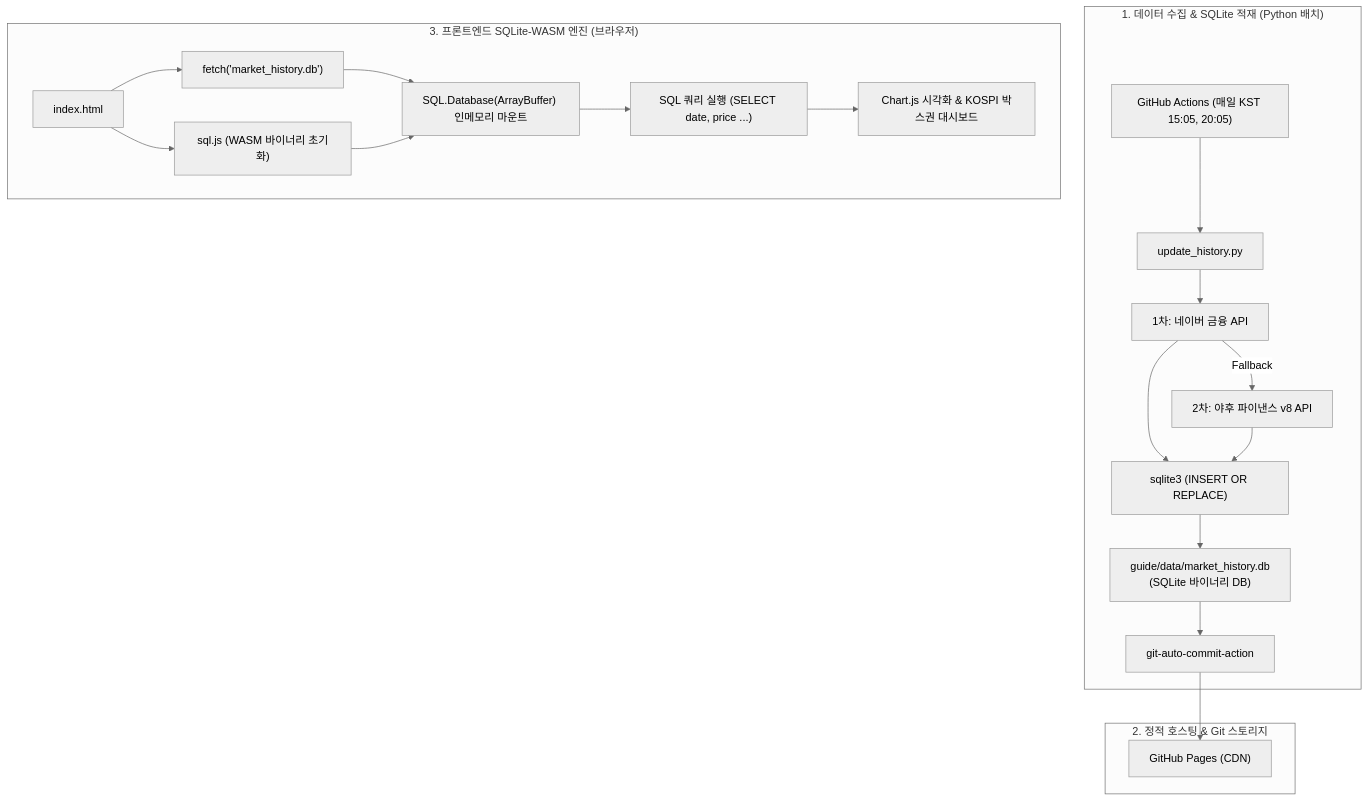
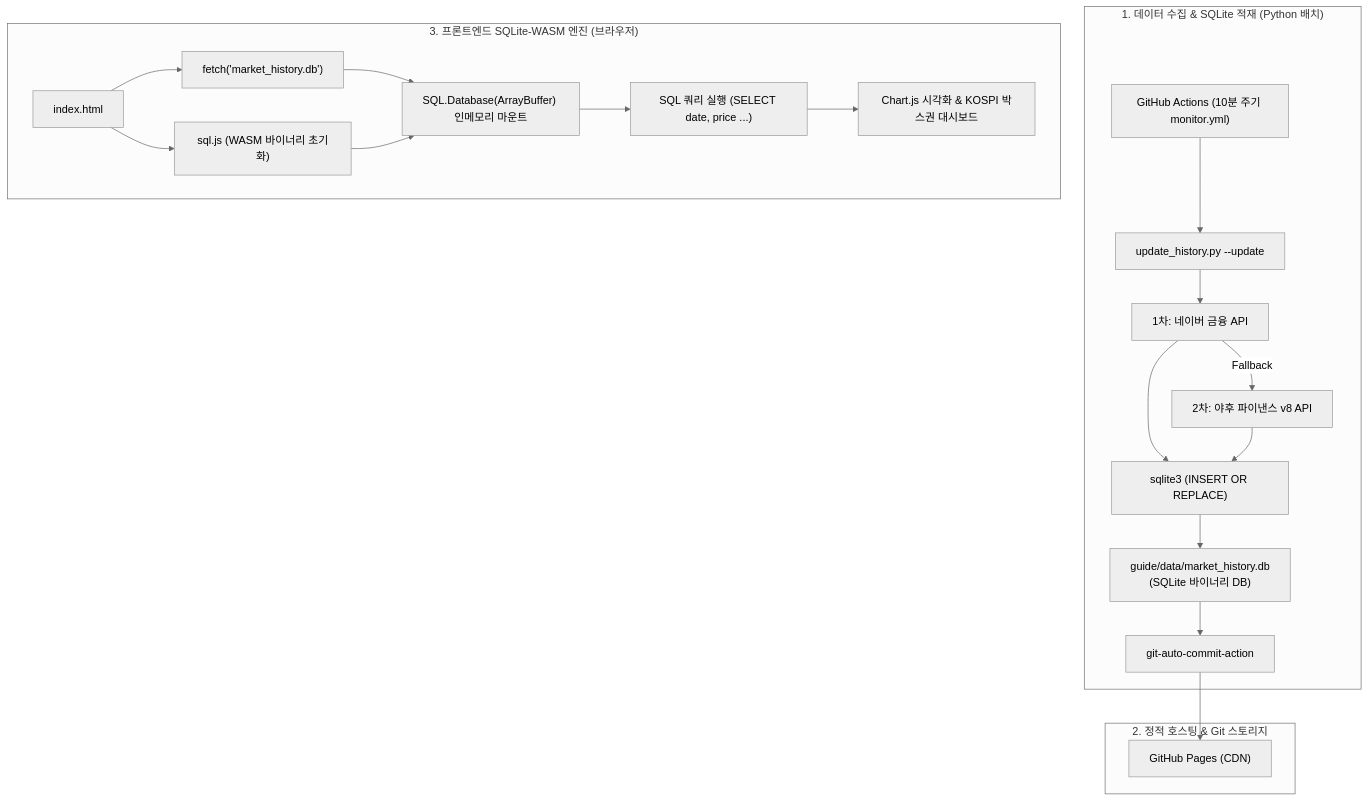
One commit to insford/my-stock changed the diagram in guide/시장데이터_히스토리_수집_계획서.md. Above: the diagram before and after it, drawn with Mermaid (neutral theme). The commit also changed other lines of this file and 8 other files, not shown here.

First line of the commit message:
refactor: GitHub Actions 통합 워크플로 구축 및 히스토리 수집 최적화

````diff
--- a/guide/시장데이터_히스토리_수집_계획서.md
+++ b/guide/시장데이터_히스토리_수집_계획서.md
@@ -9,25 +9,25 @@
 ```mermaid
 flowchart TD
     subgraph Data_Pipeline["1. 데이터 수집 & SQLite 적재 (Python 배치)"]
-        CRON["GitHub Actions (매일 KST 15:05, 20:05)"] --> UPDATER["update_history.py"]
+        CRON["GitHub Actions (10분 주기 monitor.yml)"] --> UPDATER["update_history.py --update"]
         UPDATER --> NAVER["1차: 네이버 금융 API"]
         NAVER -- "Fallback" --> YAHOO["2차: 야후 파이낸스 v8 API"]
         NAVER --> UPSERT["sqlite3 (INSERT OR REPLACE)"]
         YAHOO --> UPSERT
         UPSERT --> DB_FILE["guide/data/market_history.db<br/>(SQLite 바이너리 DB)"]
         DB_FILE --> GIT_PUSH["git-auto-commit-action"]
     end
 
     subgraph CDN_Hosting["2. 정적 호스팅 & Git 스토리지"]
         GIT_PUSH --> GITHUB_PAGES["GitHub Pages (CDN)"]
     end
 
     subgraph Frontend_WASM["3. 프론트엔드 SQLite-WASM 엔진 (브라우저)"]
         INDEX["index.html"] --> LOAD_WASM["sql.js (WASM 바이너리 초기화)"]
         INDEX --> FETCH_DB["fetch('market_history.db')"]
         FETCH_DB --> MOUNT["SQL.Database(ArrayBuffer) 인메모리 마운트"]
         LOAD_WASM --> MOUNT
         MOUNT --> SQL_EXEC["SQL 쿼리 실행 (SELECT date, price ...)"]
         SQL_EXEC --> UI["Chart.js 시각화 & KOSPI 박스권 대시보드"]
     end
 ```
````
